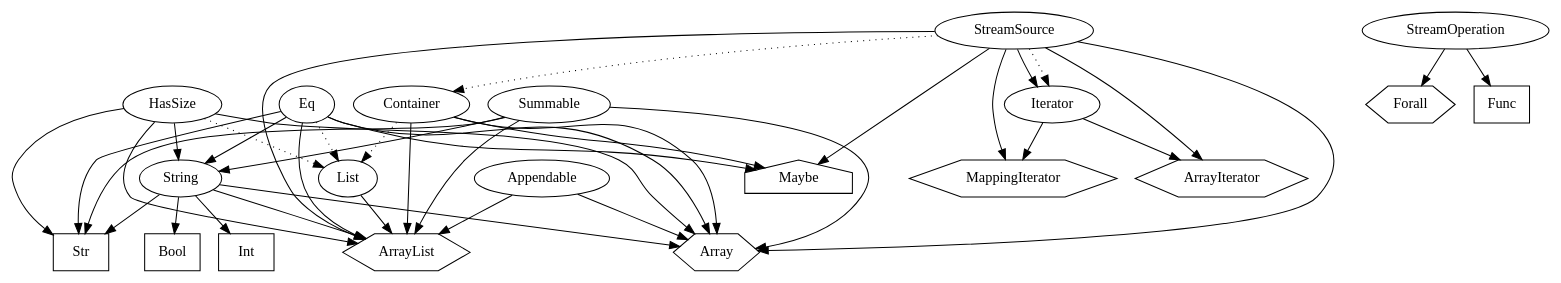
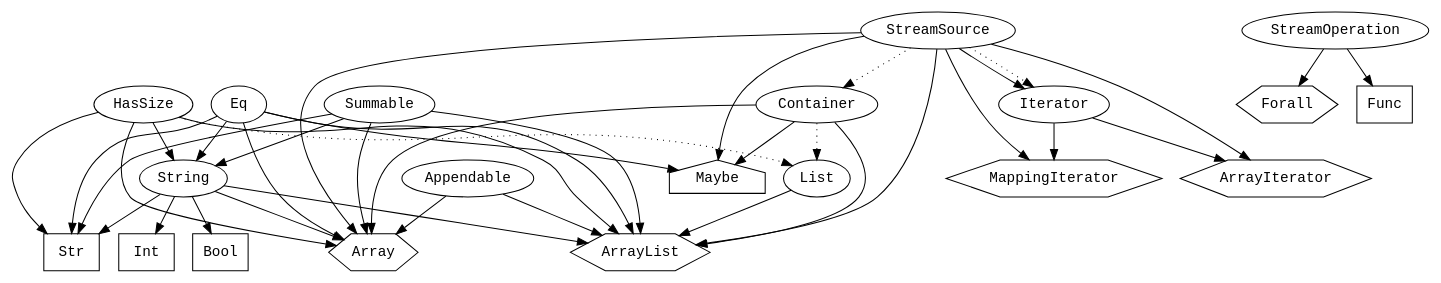
The diagram in doc/types.dot (fergusq/pscript), drawn with Graphviz before and after one commit. The commit also changed 8 other files, not shown here.

```diff
--- a/doc/types.dot
+++ b/doc/types.dot
@@ -1,78 +1,78 @@
 digraph G {
+    node [fontname="Monospace"]
     // Models
     String [shape="oval"]
     HasSize [shape="oval"]
     Container [shape="oval", group="collections"]
     List [shape="oval", group="collections"]
     Summable [shape="oval", group="collections"]
     Appendable [shape="oval", group="collections"]
     
     StreamSource [shape="oval", group="pipes"]
     Iterator [shape="oval", group="iterators"]
     
     // Structs
     ArrayList [shape="hexagon", group="collections"]
     Array [shape="hexagon", group="collections"]
     ArrayIterator [shape="hexagon", group="iterators"]
     MappingIterator [shape="hexagon", group="iterators"]
     Forall [shape="hexagon", group="iterators"]
     
     // Enums
     Maybe [shape="house", group="collections"]
     
     // Primitive types
     Str [shape="box", group="primitives"]
     Int [shape="box", group="primitives"]
     Bool [shape="box", group="primitives"]
     //Char [shape="box", group="primitives"]
     Func [shape="box", group="primitives"]
     
     String -> Int
     String -> Bool
     String -> Str
     String -> Array
     String -> ArrayList
     
     HasSize -> Str
     HasSize -> String
     HasSize -> Array
     HasSize -> ArrayList
     
     Eq -> Str
     Eq -> String
     Eq -> Array
     Eq -> ArrayList
     Eq -> Maybe
     
     StreamSource -> Container [style=dotted]
     Container -> Array
     Container -> ArrayList
     Container -> Maybe
     
     List -> ArrayList
     HasSize -> List [style=dotted]
     Container -> List [style=dotted]
-    Eq -> List [style=dotted]
     
     StreamSource -> Maybe
     StreamSource -> Array
     StreamSource -> ArrayList
     StreamSource -> Iterator
     StreamSource -> ArrayIterator
     StreamSource -> MappingIterator
     
     StreamOperation -> Func
     StreamOperation -> Forall
     
     Summable -> Str
     Summable -> String
     Summable -> Array
     Summable -> ArrayList
     
     Appendable -> Array
     Appendable -> ArrayList
     
     StreamSource -> Iterator [style=dotted]
     Iterator -> ArrayIterator
     Iterator -> MappingIterator
 }
```
